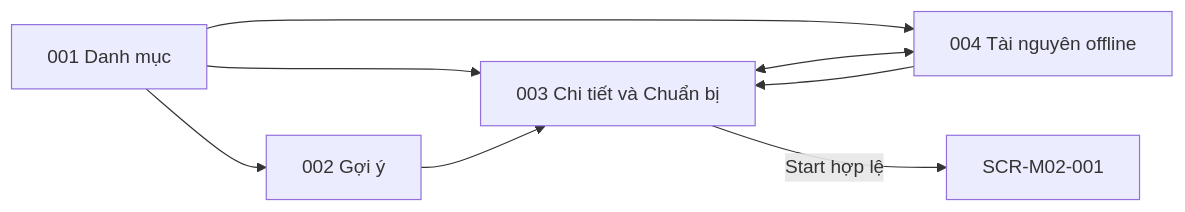
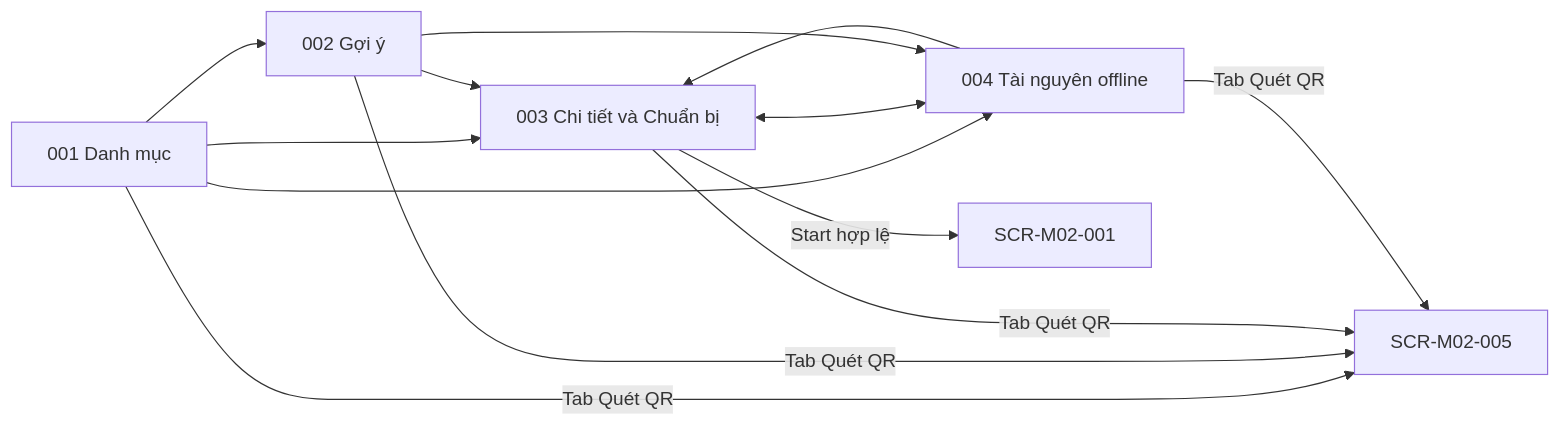
The diagram in screens/screen list/screen-list-M01.md (MckhueVanPhuc/Refactor-Cuc-Phuong), drawn with Mermaid before and after one commit. The commit also changed other lines of this file and 35 other files, not shown here.

````diff
--- a/screens/screen list/screen-list-M01.md
+++ b/screens/screen list/screen-list-M01.md
@@ -66,10 +66,12 @@
 ```mermaid
 flowchart LR
     A["001 Danh mục"] --> B["002 Gợi ý"]
     A --> C["003 Chi tiết và Chuẩn bị"]
     B --> C
     A --> D["004 Tài nguyên offline"]
     C <--> D
     D --> C
     C -->|"Start hợp lệ"| E["SCR-M02-001"]
+    B --> D
+    A & B & C & D -->|"Tab Quét QR"| F["SCR-M02-005"]
 ```
````
